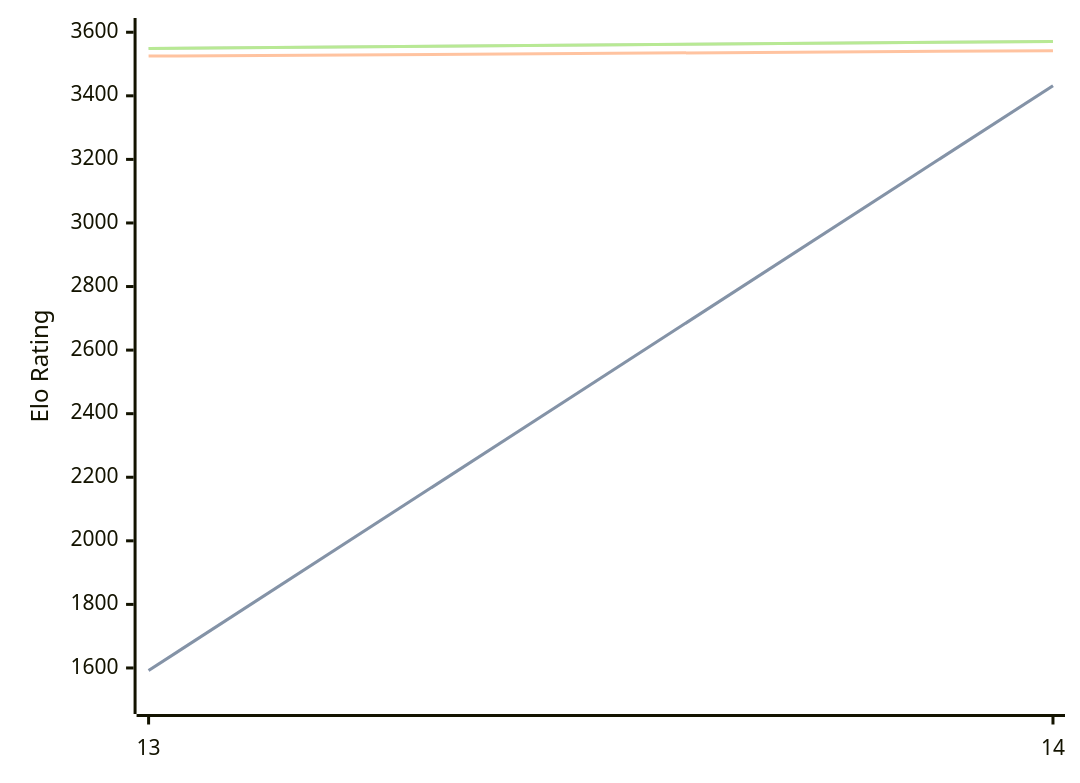
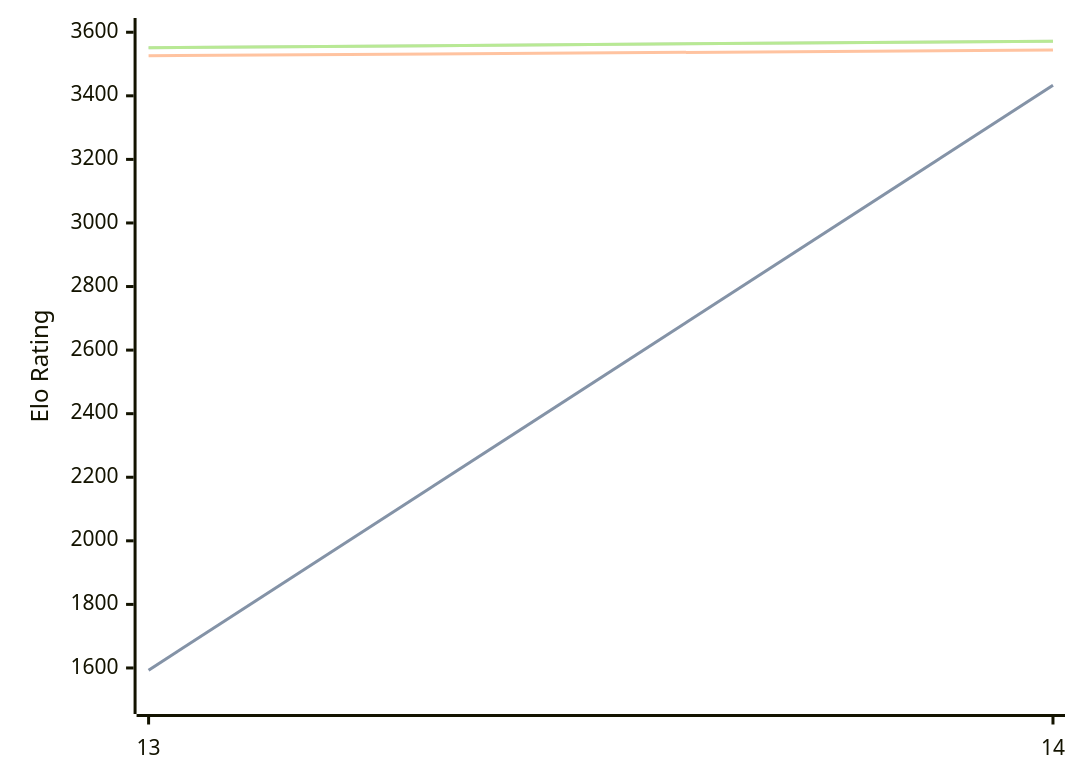
One commit to computer-chess-index/cci changed the diagram in engines/Berserk.md. Above: the diagram before and after it, drawn with Mermaid. The commit also changed other lines of this file, not shown here.

Commit message:
Update CCI Ratings (ELO VLTC) - 2026-08-26

````diff
--- a/engines/Berserk.md
+++ b/engines/Berserk.md
@@ -33,11 +33,11 @@
 ```mermaid
 %%{init: {"theme":"base","themeVariables":{"seriesColors:['#a3a3a3','#222221','#faa371']}}}%%
 xychart-beta
   x-axis ["13", "14"]
   y-axis "Elo Rating" 1500 --> 3600
-  line "STC (8.0+0.08s)" [1592, 3432]
-  line "STC (8.0+0.08s)" [1592, 3432]
-  line "LTC (60.0+0.60s)" [3525, 3542]
-  line "VLTC (2m24s+1.12s)" [3549, 3571]
-  line "VLTC (2m24s+1.12s)" [3549, 3571]
+  line "STC (8.0+0.08s)" [1593, 3433]
+  line "STC (8.0+0.08s)" [1593, 3433]
+  line "LTC (60.0+0.60s)" [3526, 3544]
+  line "VLTC (2m24s+1.12s)" [3551, 3572]
+  line "VLTC (2m24s+1.12s)" [3551, 3572]
 ```
````
